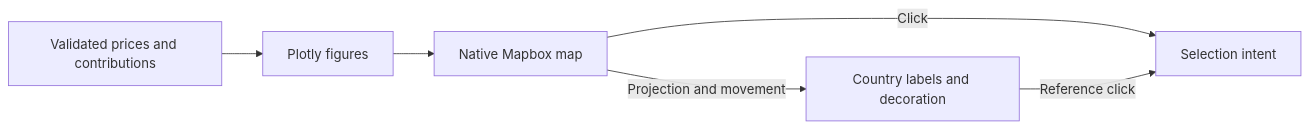
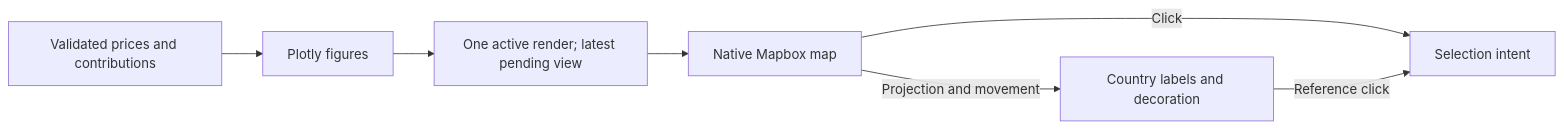
One commit to zoltanmaric/coppersushi changed the diagram in frontend/src/map/README.md. Above: the diagram before and after it, drawn with Mermaid. The commit also changed other lines of this file and 4 other files, not shown here.

Commit message:
Coalesce pending map renders during rapid interval changes

````diff
--- a/frontend/src/map/README.md
+++ b/frontend/src/map/README.md
@@ -7,8 +7,9 @@
 ```mermaid
 flowchart LR
     data["Validated prices and contributions"] --> figures["Plotly figures"]
-    figures --> map["Native Mapbox map"]
+    figures --> latest["One active render; latest pending view"]
+    latest --> map["Native Mapbox map"]
     map -->|Projection and movement| labels["Country labels and decoration"]
     map -->|Click| intent["Selection intent"]
     labels -->|Reference click| intent
 ```
````
